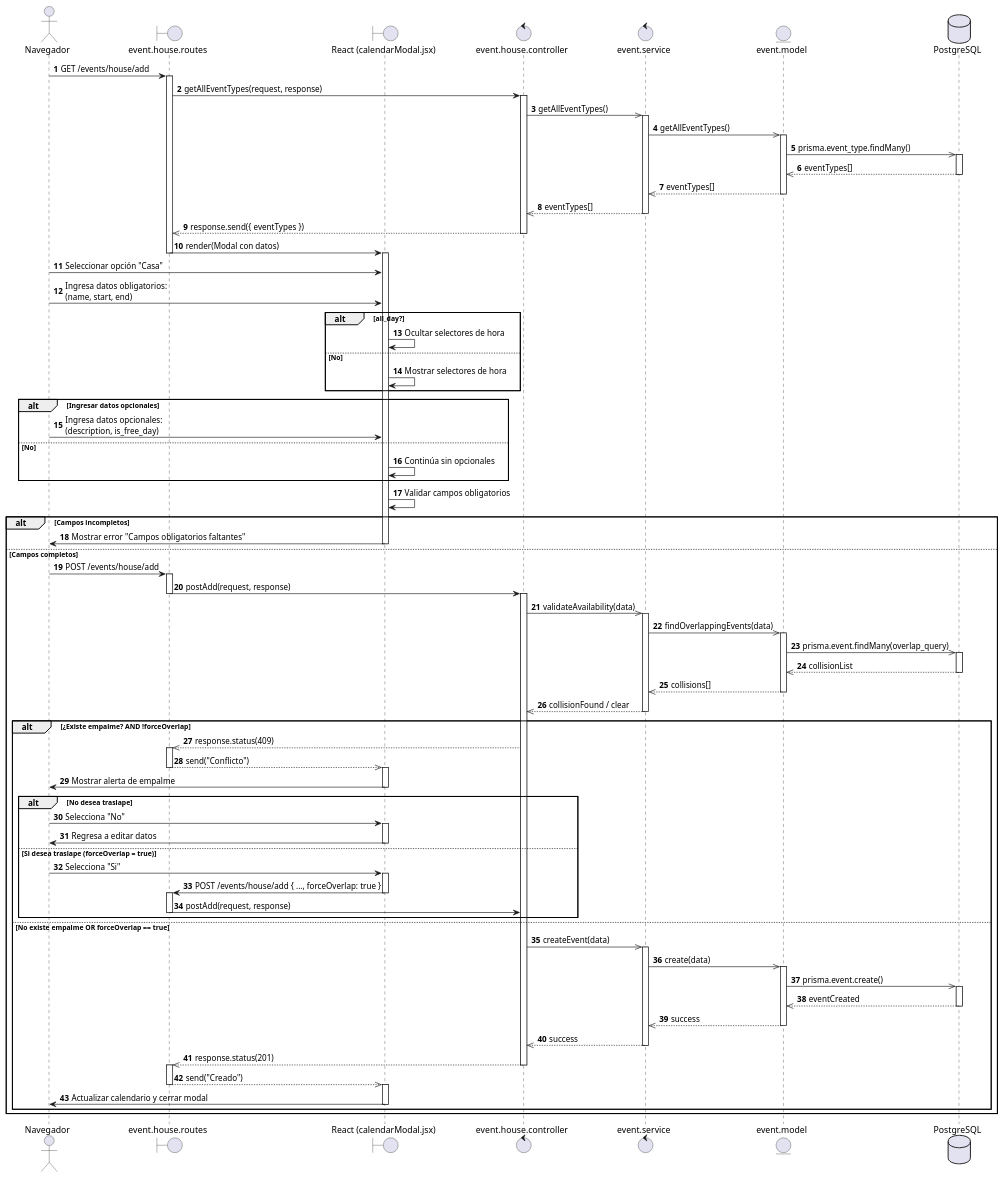
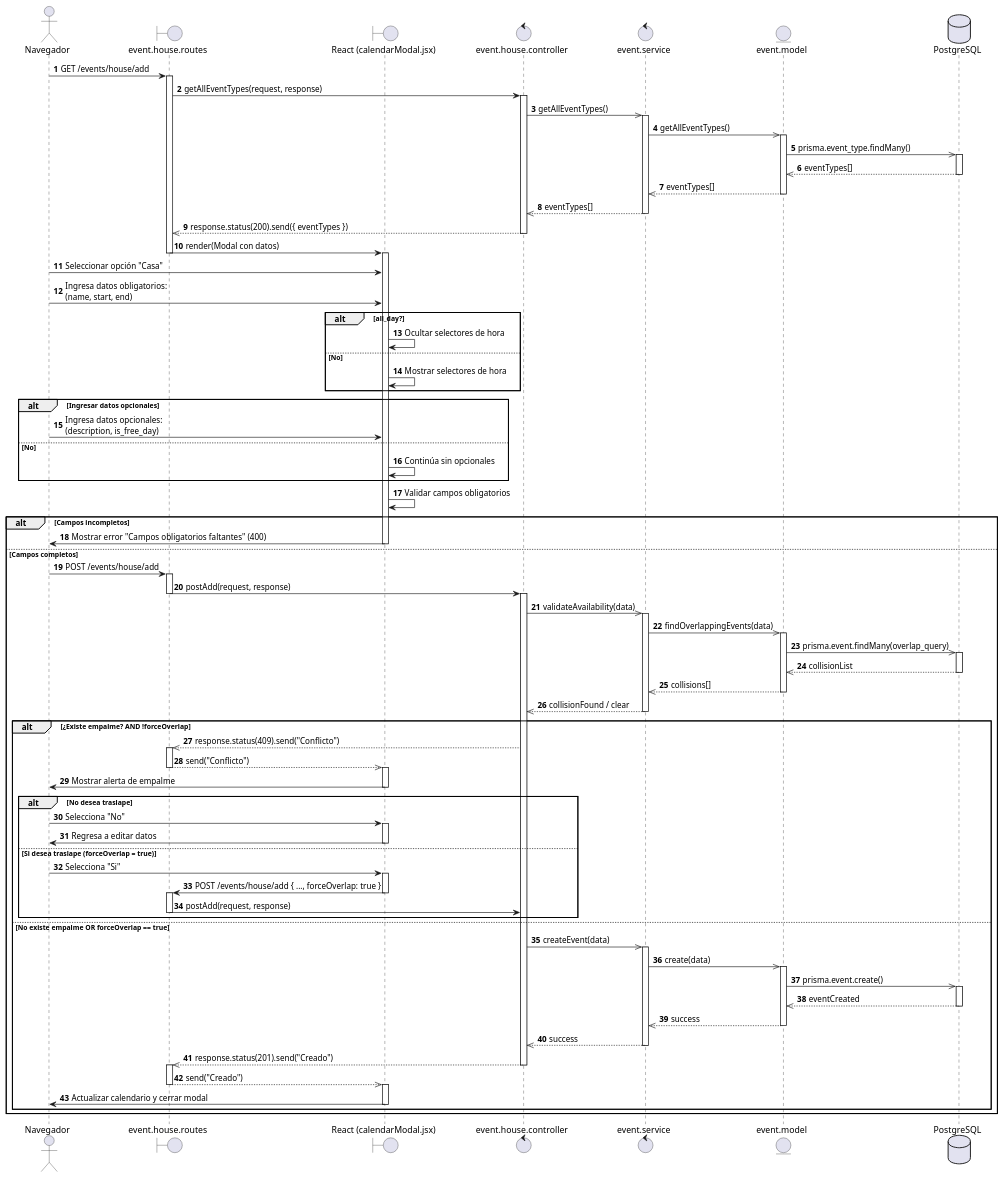
The diagram in diagrams/Sequence diagram/US77.puml (AztlanConsulting/RCHQ-Back), drawn with PlantUML before and after one commit. The commit also changed 8 other files, not shown here.

```diff
--- a/diagrams/Sequence diagram/US77.puml
+++ b/diagrams/Sequence diagram/US77.puml
@@ -1,132 +1,132 @@
 @startuml HU77 - Coordinador registra evento de casa
 
 actor Navegador
 boundary "event.house.routes" as routes
 boundary "React (calendarModal.jsx)" as ReactView
 control "event.house.controller" as controller
 control event.service
 entity event.model
 database PostgreSQL
 
 autonumber
 
 Navegador -> routes : GET /events/house/add
 activate routes
 
 routes -> controller : getAllEventTypes(request, response)
 activate controller
 
 controller ->> event.service : getAllEventTypes()
 activate event.service
 event.service ->> event.model : getAllEventTypes()
 activate event.model
 event.model ->> PostgreSQL : prisma.event_type.findMany()
 activate PostgreSQL
 PostgreSQL -->> event.model : eventTypes[]
 deactivate PostgreSQL
 event.model -->> event.service : eventTypes[]
 deactivate event.model
 event.service -->> controller : eventTypes[]
 deactivate event.service
 
-controller -->> routes : response.send({ eventTypes })
+controller -->> routes : response.status(200).send({ eventTypes })
 deactivate controller
 
 routes -> ReactView : render(Modal con datos)
 deactivate routes
 activate ReactView
 
 Navegador -> ReactView : Seleccionar opción "Casa"
 
 Navegador -> ReactView : Ingresa datos obligatorios:\n(name, start, end)
 
 alt all_day?
     ReactView -> ReactView : Ocultar selectores de hora
 else No
     ReactView -> ReactView : Mostrar selectores de hora
 end
 
 alt Ingresar datos opcionales
     Navegador -> ReactView : Ingresa datos opcionales:\n(description, is_free_day)
 else No
     ReactView -> ReactView : Continúa sin opcionales
 end
 
 ReactView -> ReactView : Validar campos obligatorios
 
 alt Campos incompletos
-    ReactView -> Navegador : Mostrar error "Campos obligatorios faltantes"
+    ReactView -> Navegador : Mostrar error "Campos obligatorios faltantes" (400)
     deactivate ReactView
 else Campos completos
     Navegador -> routes : POST /events/house/add
     activate routes
 
     routes -> controller : postAdd(request, response)
     deactivate routes
     activate controller
 
     controller ->> event.service : validateAvailability(data)
     activate event.service
 
     event.service ->> event.model : findOverlappingEvents(data)
     activate event.model
     event.model ->> PostgreSQL : prisma.event.findMany(overlap_query)
     activate PostgreSQL
     PostgreSQL -->> event.model : collisionList
     deactivate PostgreSQL
     event.model -->> event.service : collisions[]
     deactivate event.model
 
     event.service -->> controller : collisionFound / clear
     deactivate event.service
 
     alt ¿Existe empalme? AND !forceOverlap
-        controller -->> routes : response.status(409)
+        controller -->> routes : response.status(409).send("Conflicto")
         activate routes
         routes -->> ReactView : send("Conflicto")
         deactivate routes
         activate ReactView
         ReactView -> Navegador : Mostrar alerta de empalme
         deactivate ReactView
         
         alt No desea traslape
             Navegador -> ReactView : Selecciona "No"
             activate ReactView
             ReactView -> Navegador : Regresa a editar datos
             deactivate ReactView
         else Si desea traslape (forceOverlap = true)
             Navegador -> ReactView : Selecciona "Si"
             activate ReactView
             ReactView -> routes : POST /events/house/add { ..., forceOverlap: true }
             deactivate ReactView
             activate routes
             routes -> controller : postAdd(request, response)
             deactivate routes
         end
         
     else No existe empalme OR forceOverlap == true
         controller ->> event.service : createEvent(data)
         activate event.service
         event.service ->> event.model : create(data)
         activate event.model
         event.model ->> PostgreSQL : prisma.event.create()
         activate PostgreSQL
         PostgreSQL -->> event.model : eventCreated
         deactivate PostgreSQL
         event.model -->> event.service : success
         deactivate event.model
         event.service -->> controller : success
         deactivate event.service
 
-        controller -->> routes : response.status(201)
+        controller -->> routes : response.status(201).send("Creado")
         deactivate controller
         activate routes
         routes -->> ReactView : send("Creado")
         deactivate routes
         activate ReactView
         ReactView -> Navegador : Actualizar calendario y cerrar modal
         deactivate ReactView
     end
 end
 
 @enduml
```
